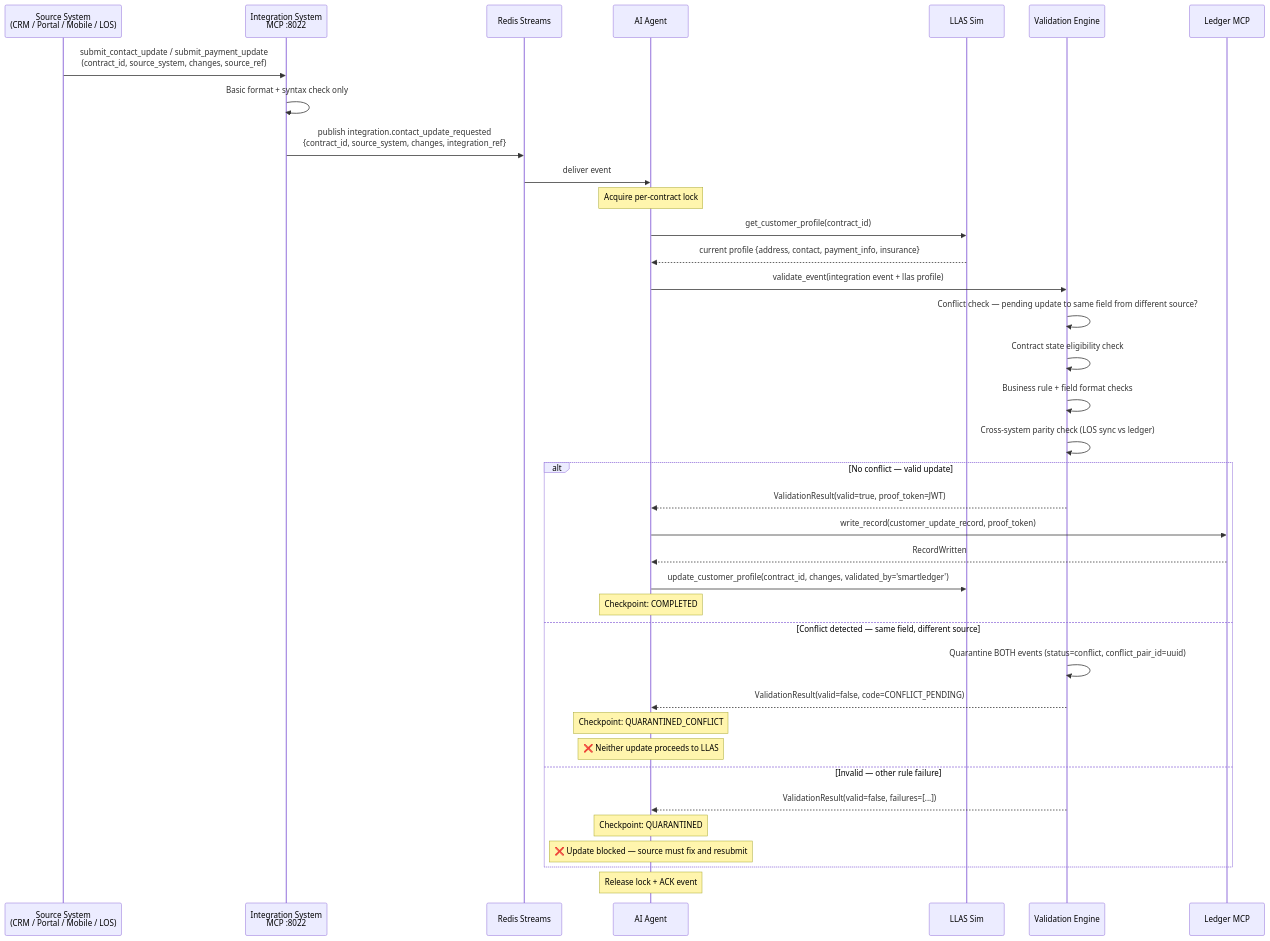
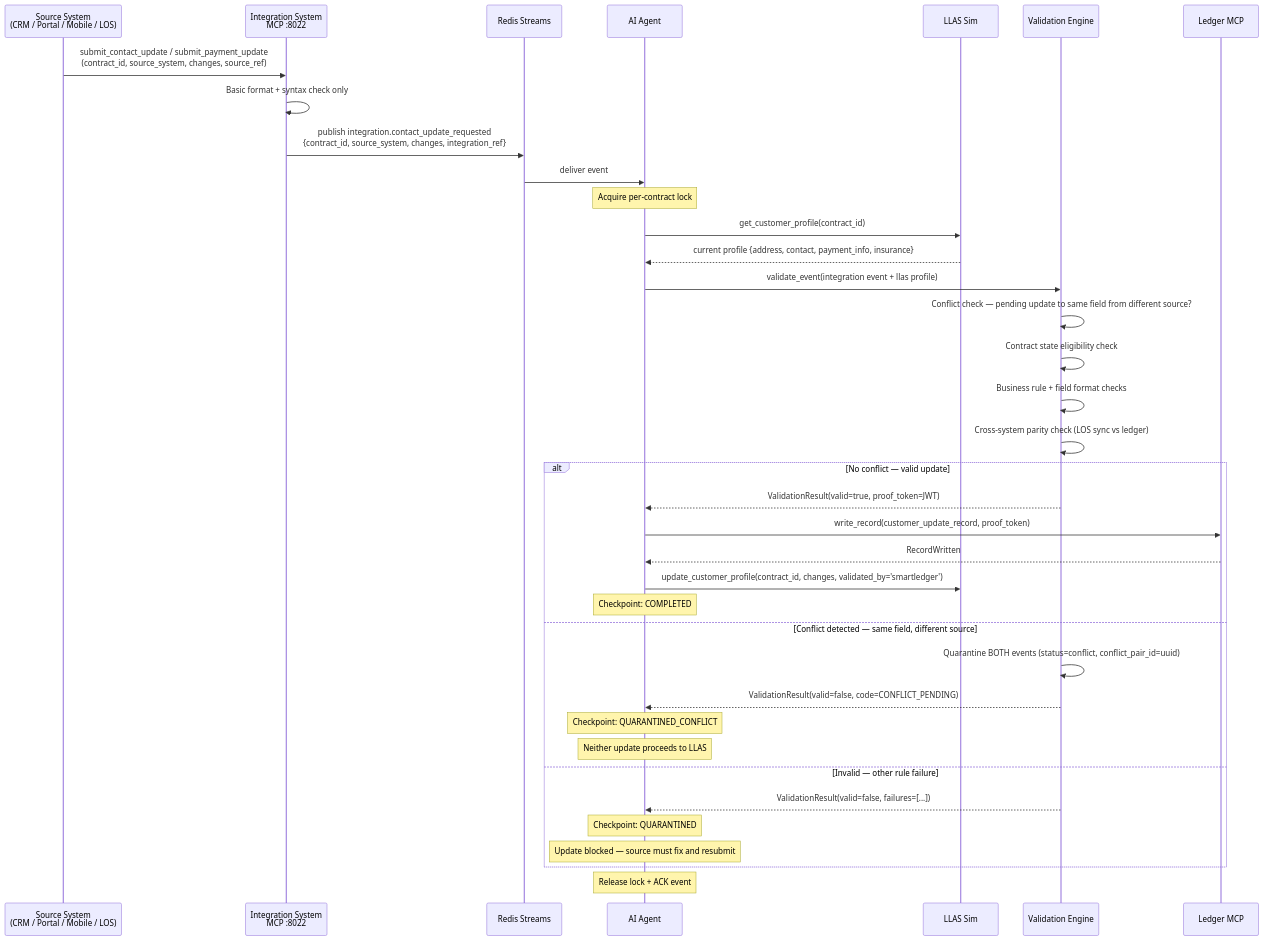
The fifth of 10 diagrams in docs/ARCHITECTURE.md (rame10566/smartledger), drawn with Mermaid before and after one commit. The commit also changed other lines of this file, not shown here.

Commit message:
fix: remove invalid Mermaid syntax (emoji in labels, note right of in stateDiagram-v2)

````diff
--- a/docs/ARCHITECTURE.md
+++ b/docs/ARCHITECTURE.md
@@ -209,45 +209,45 @@
 ```mermaid
 sequenceDiagram
     participant SRC as Source System<br/>(CRM / Portal / Mobile / LOS)
     participant INT as Integration System<br/>MCP :8022
     participant Bus as Redis Streams
     participant Agent as AI Agent
     participant LLAS as LLAS Sim
     participant VAL as Validation Engine
     participant LED as Ledger MCP
 
     SRC->>INT: submit_contact_update / submit_payment_update<br/>(contract_id, source_system, changes, source_ref)
     INT->>INT: Basic format + syntax check only
     INT->>Bus: publish integration.contact_update_requested<br/>{contract_id, source_system, changes, integration_ref}
 
     Bus->>Agent: deliver event
     Note over Agent: Acquire per-contract lock
 
     Agent->>LLAS: get_customer_profile(contract_id)
     LLAS-->>Agent: current profile {address, contact, payment_info, insurance}
 
     Agent->>VAL: validate_event(integration event + llas profile)
     VAL->>VAL: Conflict check — pending update to same field from different source?
     VAL->>VAL: Contract state eligibility check
     VAL->>VAL: Business rule + field format checks
     VAL->>VAL: Cross-system parity check (LOS sync vs ledger)
 
     alt No conflict — valid update
         VAL-->>Agent: ValidationResult(valid=true, proof_token=JWT)
         Agent->>LED: write_record(customer_update_record, proof_token)
         LED-->>Agent: RecordWritten
         Agent->>LLAS: update_customer_profile(contract_id, changes, validated_by='smartledger')
         Note over Agent: Checkpoint: COMPLETED
     else Conflict detected — same field, different source
         VAL->>VAL: Quarantine BOTH events (status=conflict, conflict_pair_id=uuid)
         VAL-->>Agent: ValidationResult(valid=false, code=CONFLICT_PENDING)
         Note over Agent: Checkpoint: QUARANTINED_CONFLICT
-        Note over Agent: ❌ Neither update proceeds to LLAS
+        Note over Agent: Neither update proceeds to LLAS
     else Invalid — other rule failure
         VAL-->>Agent: ValidationResult(valid=false, failures=[...])
         Note over Agent: Checkpoint: QUARANTINED
-        Note over Agent: ❌ Update blocked — source must fix and resubmit
+        Note over Agent: Update blocked — source must fix and resubmit
     end
 
     Note over Agent: Release lock + ACK event
 ```
````
